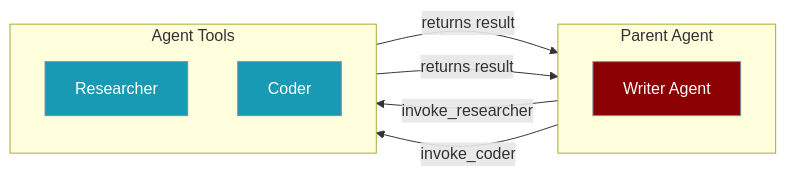
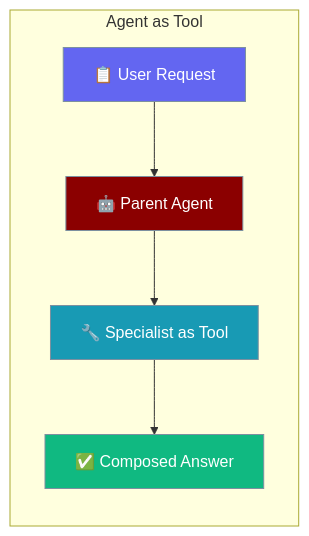
Before and after one commit to MervinPraison/PraisonAIDocs: the first of 3 diagrams in docs/features/agent-as-tool.mdx, drawn with Mermaid. The commit also changed other lines of this file and 9 other files, not shown here.

````diff
--- a/docs/features/agent-as-tool.mdx
+++ b/docs/features/agent-as-tool.mdx
@@ -32,24 +24,18 @@
 ```mermaid
 graph LR
-    subgraph Parent["Parent Agent"]
-        direction TB
-        P[Writer Agent]
+    subgraph "Agent as Tool"
+        Req[📋 User Request] --> Parent[🤖 Parent Agent]
+        Parent --> Tool[🔧 Specialist as Tool]
+        Tool --> Result[✅ Composed Answer]
     end
-    
-    subgraph Tools["Agent Tools"]
-        direction TB
-        R[Researcher]
-        C[Coder]
-    end
-    
-    P -->|"invoke_researcher"| R
-    P -->|"invoke_coder"| C
-    R -->|"returns result"| P
-    C -->|"returns result"| P
-    
+
+    classDef input fill:#6366F1,stroke:#7C90A0,color:#fff
     classDef agent fill:#8B0000,stroke:#7C90A0,color:#fff
     classDef tool fill:#189AB4,stroke:#7C90A0,color:#fff
+    classDef output fill:#10B981,stroke:#7C90A0,color:#fff
 
-    class P agent
-    class R,C tool
+    class Req input
+    class Parent agent
+    class Tool tool
+    class Result output
 ```
````
